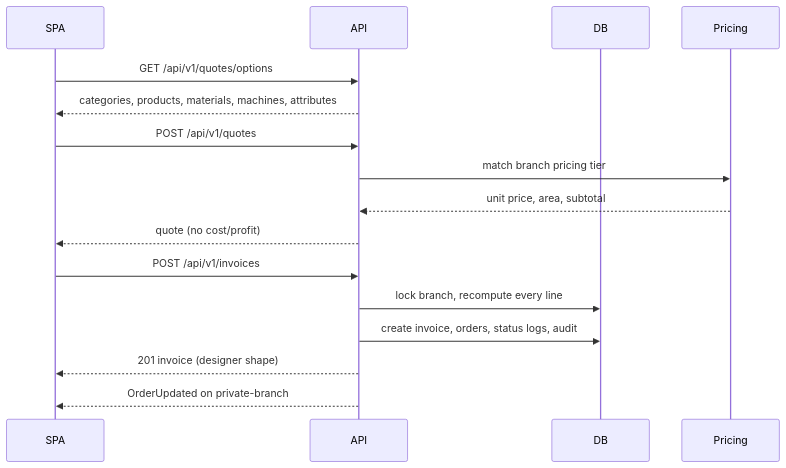
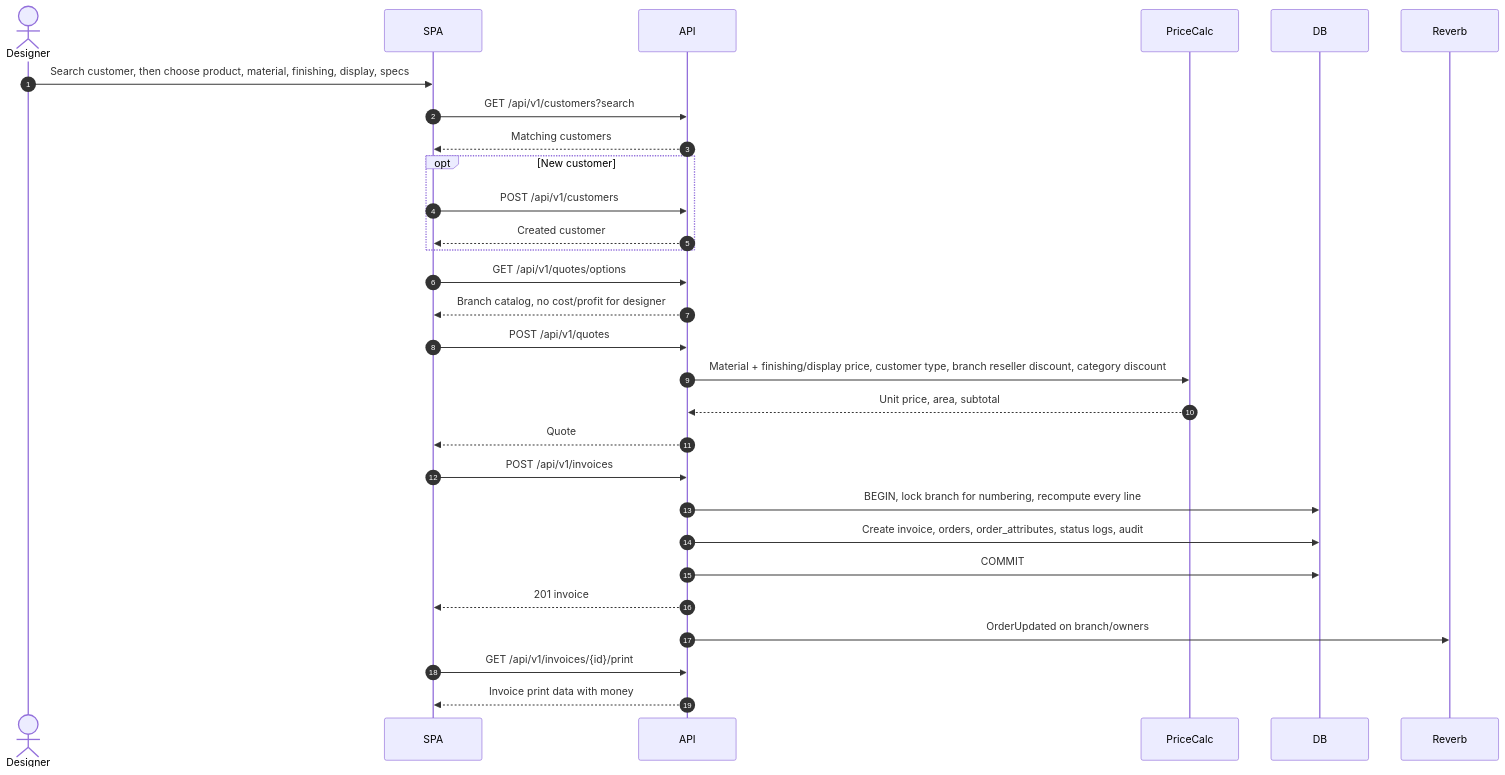
Before and after one commit to Arukast/pos_alja: the fifth of 21 diagrams in docs/architecture/sequence-diagrams.md, drawn with Mermaid. The commit also changed other lines of this file and 18 other files, not shown here.

````diff
--- a/docs/architecture/sequence-diagrams.md
+++ b/docs/architecture/sequence-diagrams.md
@@ -25,19 +112,32 @@
 ```mermaid
 sequenceDiagram
+    autonumber
+    actor D as Designer
     participant SPA
     participant API
+    participant PriceCalc
     participant DB
-    participant Pricing
+    participant R as Reverb
 
+    D->>SPA: Search customer, then choose product, material, finishing, display, specs
+    SPA->>API: GET /api/v1/customers?search
+    API-->>SPA: Matching customers
+    opt New customer
+        SPA->>API: POST /api/v1/customers
+        API-->>SPA: Created customer
+    end
     SPA->>API: GET /api/v1/quotes/options
-    API-->>SPA: categories, products, materials, machines, attributes
+    API-->>SPA: Branch catalog, no cost/profit for designer
     SPA->>API: POST /api/v1/quotes
-    API->>Pricing: match branch pricing tier
-    Pricing-->>API: unit price, area, subtotal
-    API-->>SPA: quote (no cost/profit)
+    API->>PriceCalc: Material + finishing/display price, customer type, branch reseller discount, category discount
+    PriceCalc-->>API: Unit price, area, subtotal
+    API-->>SPA: Quote
     SPA->>API: POST /api/v1/invoices
-    API->>DB: lock branch, recompute every line
-    API->>DB: create invoice, orders, status logs, audit
-    API-->>SPA: 201 invoice (designer shape)
-    API-->>SPA: OrderUpdated on private-branch
+    API->>DB: BEGIN, lock branch for numbering, recompute every line
+    API->>DB: Create invoice, orders, order_attributes, status logs, audit
+    API->>DB: COMMIT
+    API-->>SPA: 201 invoice
+    API->>R: OrderUpdated on branch/owners
+    SPA->>API: GET /api/v1/invoices/{id}/print
+    API-->>SPA: Invoice print data with money
 ```
````
